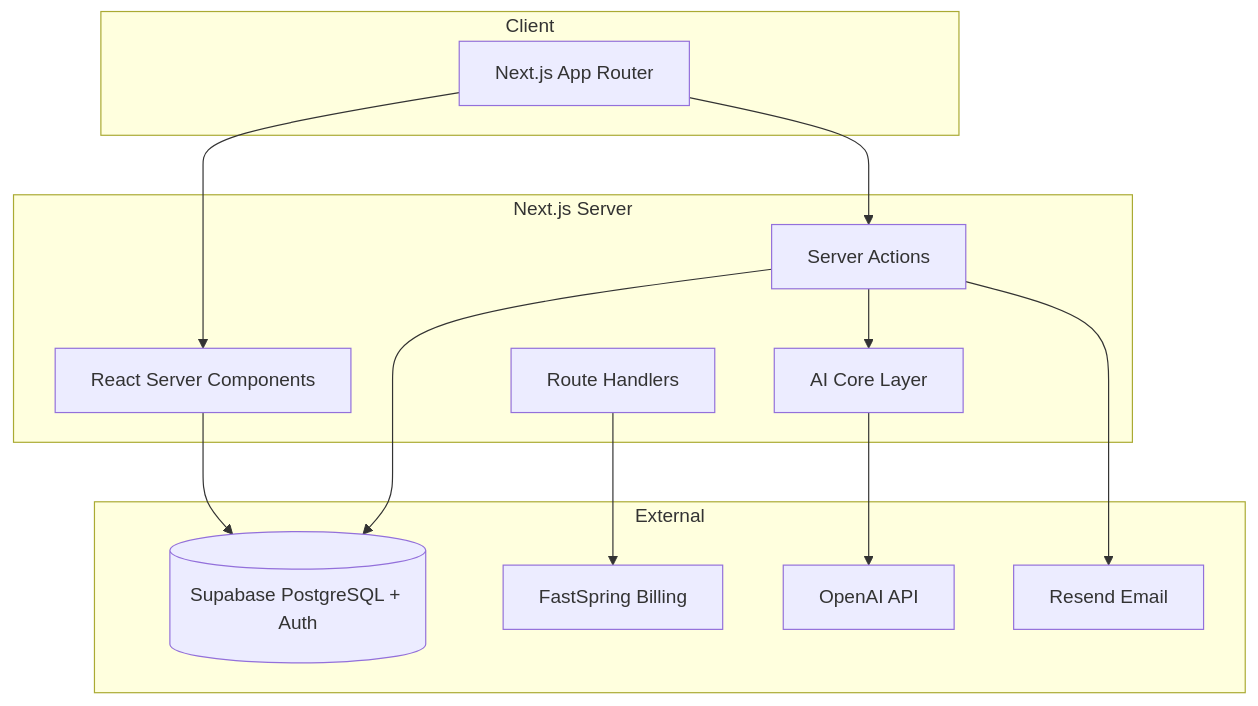
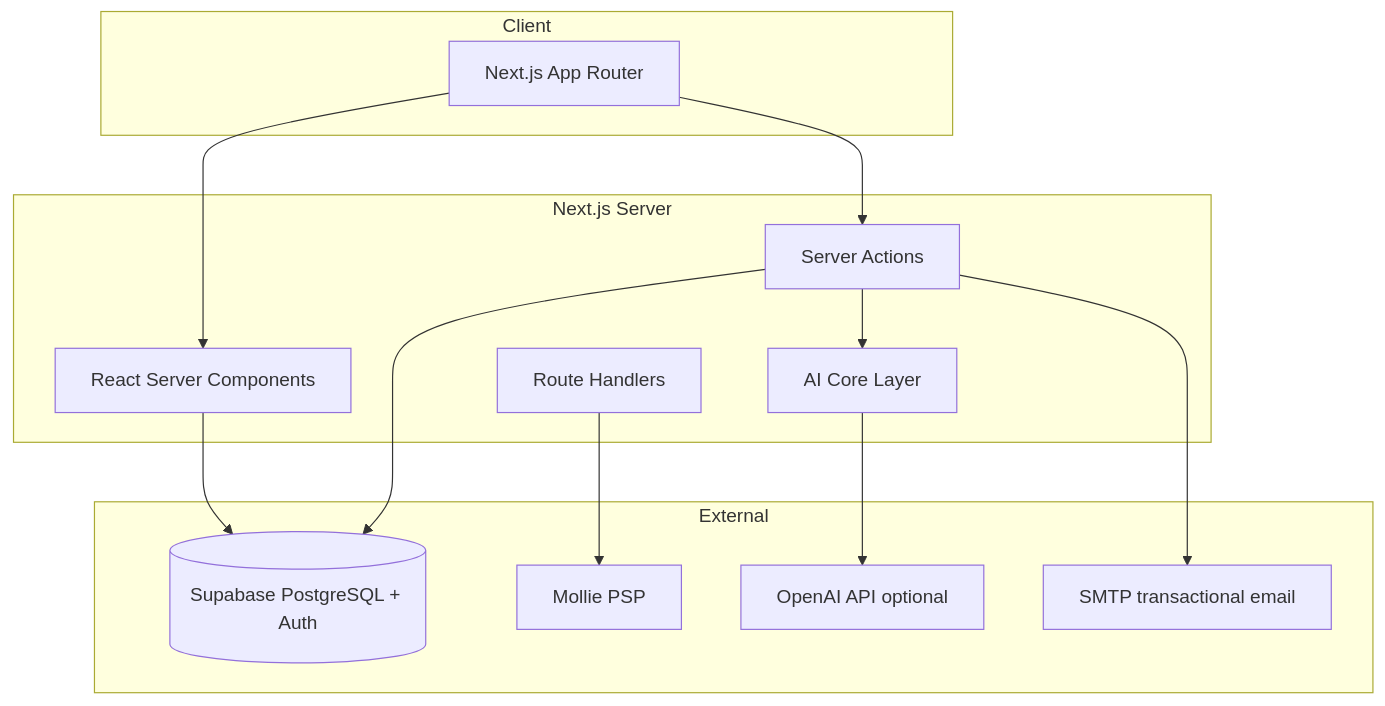
One commit to auronexis/auronexis-platform changed the diagram in docs/architecture.md. Above: the diagram before and after it, drawn with Mermaid. The commit also changed other lines of this file and 8 other files, not shown here.

````diff
--- a/docs/architecture.md
+++ b/docs/architecture.md
@@ -9,29 +9,29 @@
 ```mermaid
 flowchart TB
   subgraph Client
     Browser[Next.js App Router]
   end
 
   subgraph Server["Next.js Server"]
     RSC[React Server Components]
     SA[Server Actions]
     API[Route Handlers]
     AI[AI Core Layer]
   end
 
   subgraph External
     Supabase[(Supabase PostgreSQL + Auth)]
-    FastSpring[FastSpring Billing]
-    OpenAI[OpenAI API]
-    Resend[Resend Email]
+    Mollie[Mollie PSP]
+    OpenAI[OpenAI API optional]
+    SMTP[SMTP transactional email]
   end
 
   Browser --> RSC
   Browser --> SA
   RSC --> Supabase
   SA --> Supabase
   SA --> AI
   AI --> OpenAI
-  API --> FastSpring
-  SA --> Resend
+  API --> Mollie
+  SA --> SMTP
 ```
````
